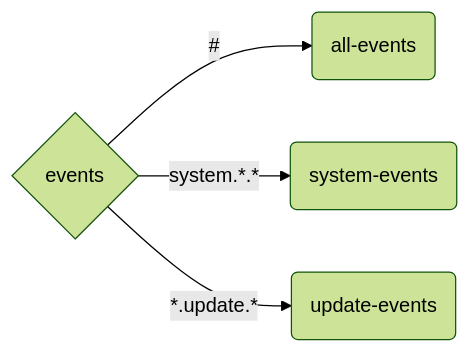
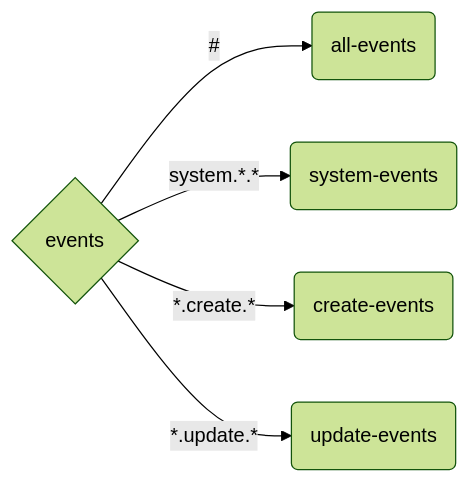
Before and after one commit to DBProductions/rabbitmq-cluster: the second of 3 diagrams in README.md, drawn with Mermaid (forest theme). The commit also changed other lines of this file and 10 other files, not shown here.

````diff
--- a/README.md
+++ b/README.md
@@ -146,6 +146,7 @@
 ```mermaid
   flowchart LR
     A{events} -->|#| B(all-events)
     A --> |system.*.*| C(system-events)
-    A -->|*.update.*| D(update-events)
+    A -->|*.create.*| D(create-events)
+    A -->|*.update.*| E(update-events)
 ```
````
